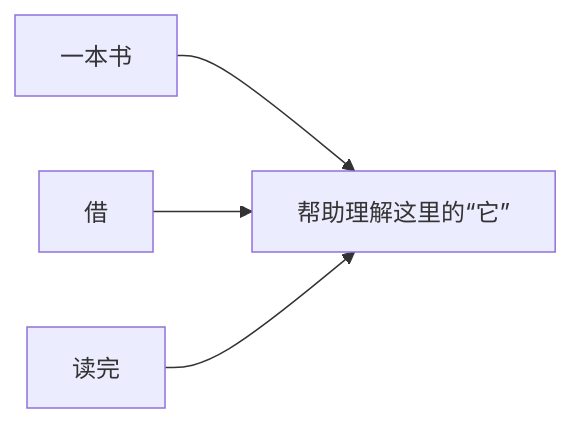
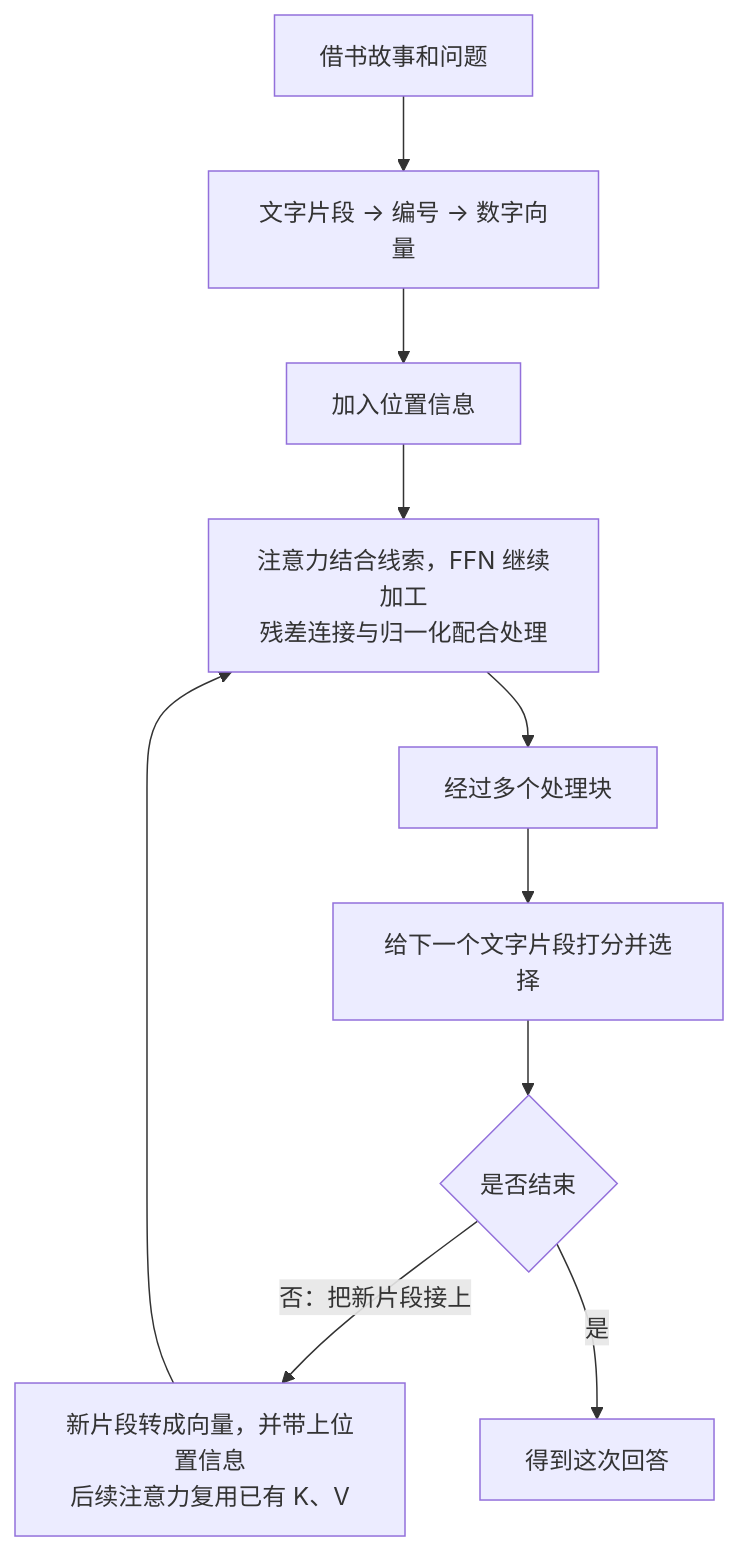
Before and after one commit to zz-datou/Transformer: the diagram in docs/Transformer-零基础学习指南.md, drawn with Mermaid. The commit also changed other lines of this file and 2 other files, not shown here.

````diff
--- a/docs/Transformer-零基础学习指南.md
+++ b/docs/Transformer-零基础学习指南.md
@@ -55,6 +687,12 @@
 ```mermaid
-flowchart LR
-    A["一本书"] --> D["帮助理解这里的“它”"]
-    B["借"] --> D
-    C["读完"] --> D
+flowchart TD
+    A["借书故事和问题"] --> B["文字片段 → 编号 → 数字向量"]
+    B --> C["加入位置信息"]
+    C --> D["注意力结合线索，FFN 继续加工<br/>残差连接与归一化配合处理"]
+    D --> E["经过多个处理块"]
+    E --> F["给下一个文字片段打分并选择"]
+    F --> G{"是否结束"}
+    G -- "否：把新片段接上" --> H["新片段转成向量，并带上位置信息<br/>后续注意力复用已有 K、V"]
+    H --> D
+    G -- "是" --> I["得到这次回答"]
 ```
````
